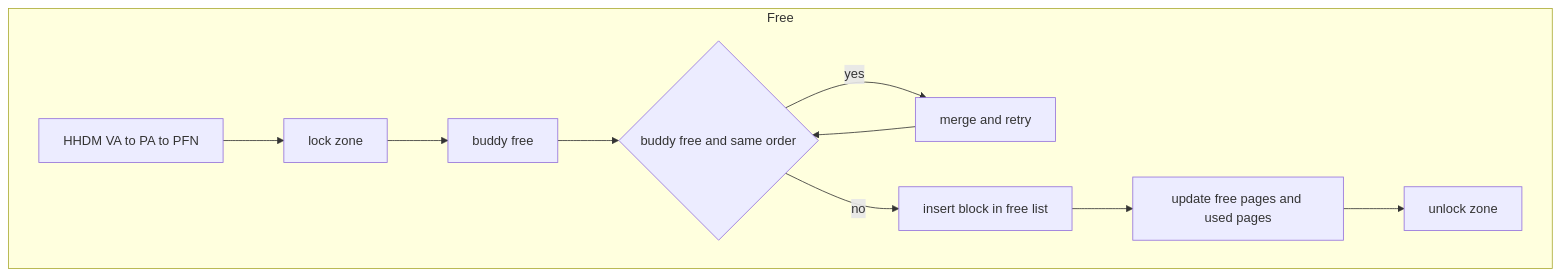
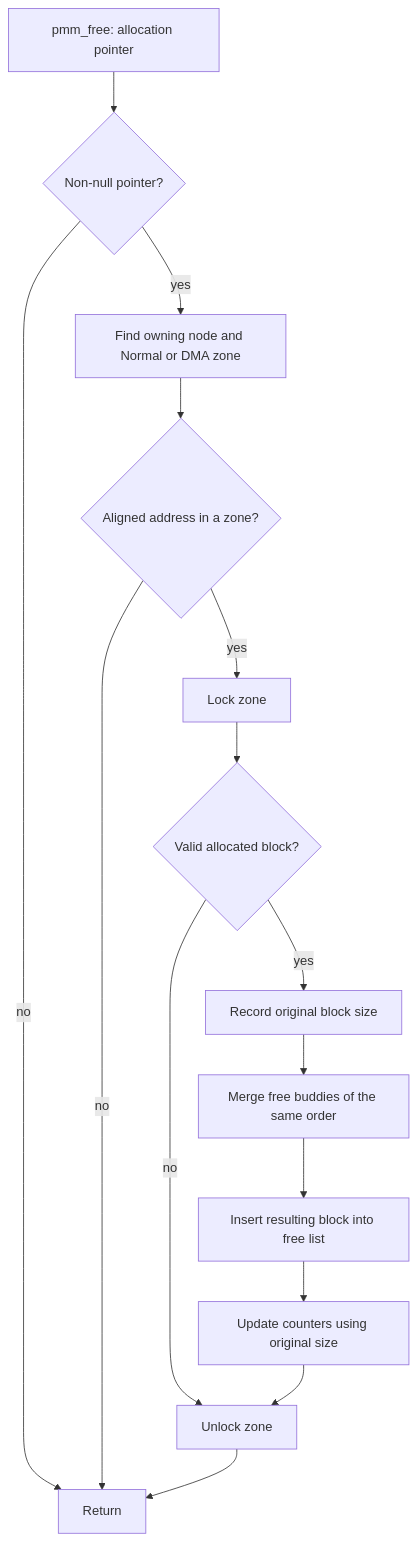
The third of 11 diagrams in docs/DIAGRAMS.md (marwan475/Arx), drawn with Mermaid before and after one commit. The commit also changed other lines of this file and 12 other files, not shown here.

Commit message:
update platform diagrams

````diff
--- a/docs/DIAGRAMS.md
+++ b/docs/DIAGRAMS.md
@@ -40,13 +55,19 @@
 ```mermaid
-flowchart TD
-    subgraph Free
-        T[HHDM VA to PA to PFN] --> U[lock zone]
-        U --> V[buddy free]
-        V --> W{buddy free and same order}
-        W -- yes --> X[merge and retry]
-        W -- no --> Y[insert block in free list]
-        X --> W
-        Y --> Z[update free pages and used pages]
-        Z --> AA[unlock zone]
-    end
+flowchart TB
+    accTitle: Physical memory release
+    accDescr: Locate the owning Normal or DMA zone, validate the allocation, and merge free buddies.
+    A[pmm_free: allocation pointer] --> B{Non-null pointer?}
+    B -- no --> X[Return]
+    B -- yes --> C[Find owning node and Normal or DMA zone]
+    C --> D{Aligned address in a zone?}
+    D -- no --> X
+    D -- yes --> E[Lock zone]
+    E --> F{Valid allocated block?}
+    F -- no --> K[Unlock zone]
+    F -- yes --> G[Record original block size]
+    G --> H[Merge free buddies of the same order]
+    H --> I[Insert resulting block into free list]
+    I --> J[Update counters using original size]
+    J --> K
+    K --> X
 ```
````
